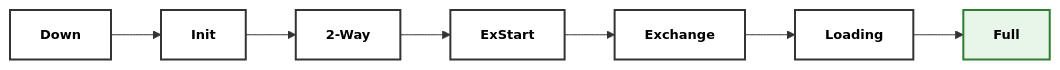
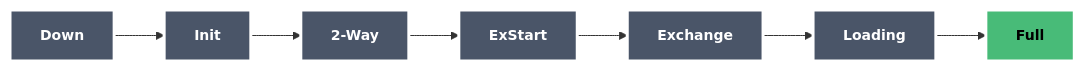
The diagram in docs/courses/00-igp-fundamentals/02-ospf.md (etherhtun/netforge-labs), drawn with Mermaid before and after one commit. The commit also changed 1 other file, not shown here.

Commit message:
fix: use high-contrast colors for Phase 0 diagrams
Previous light backgrounds with dark text were too faint, especially in dark
mode. Updated both Mermaid diagrams to use proven high-contrast scheme:

Color scheme:
- Process steps: dark gray (#4a5568) with white text
- Final result: green (#48bb78) with black text
- Borders: white (#ffffff) at 3px width for visibility
- Font: bold, 14-15px for readability in both themes

Diagrams:
- 01-link-state: Hello → Flood → LSDB → SPF → Routing table
- 02-ospf: Down → Init → 2-Way → ExStart → Exchange → Loading → Full

````diff
--- a/docs/courses/00-igp-fundamentals/02-ospf.md
+++ b/docs/courses/00-igp-fundamentals/02-ospf.md
@@ -87,7 +87,7 @@
 ```mermaid
 graph LR
     D["<b>Down</b>"] --> I["<b>Init</b>"] --> T["<b>2-Way</b>"] --> E["<b>ExStart</b>"] --> X["<b>Exchange</b>"] --> L["<b>Loading</b>"] --> F["<b>Full</b>"]
-    classDef progress fill:#ffffff,stroke:#333333,color:#000000,stroke-width:2px,font-size:13px;
-    classDef working fill:#e8f5e9,stroke:#2e7d32,color:#000000,stroke-width:2px,font-size:13px;
+    classDef progress fill:#4a5568,stroke:#ffffff,color:#ffffff,stroke-width:3px,font-size:14px,font-weight:bold;
+    classDef working fill:#48bb78,stroke:#ffffff,color:#000000,stroke-width:3px,font-size:14px,font-weight:bold;
     class D,I,T,E,X,L progress; class F working;
 ```
````
